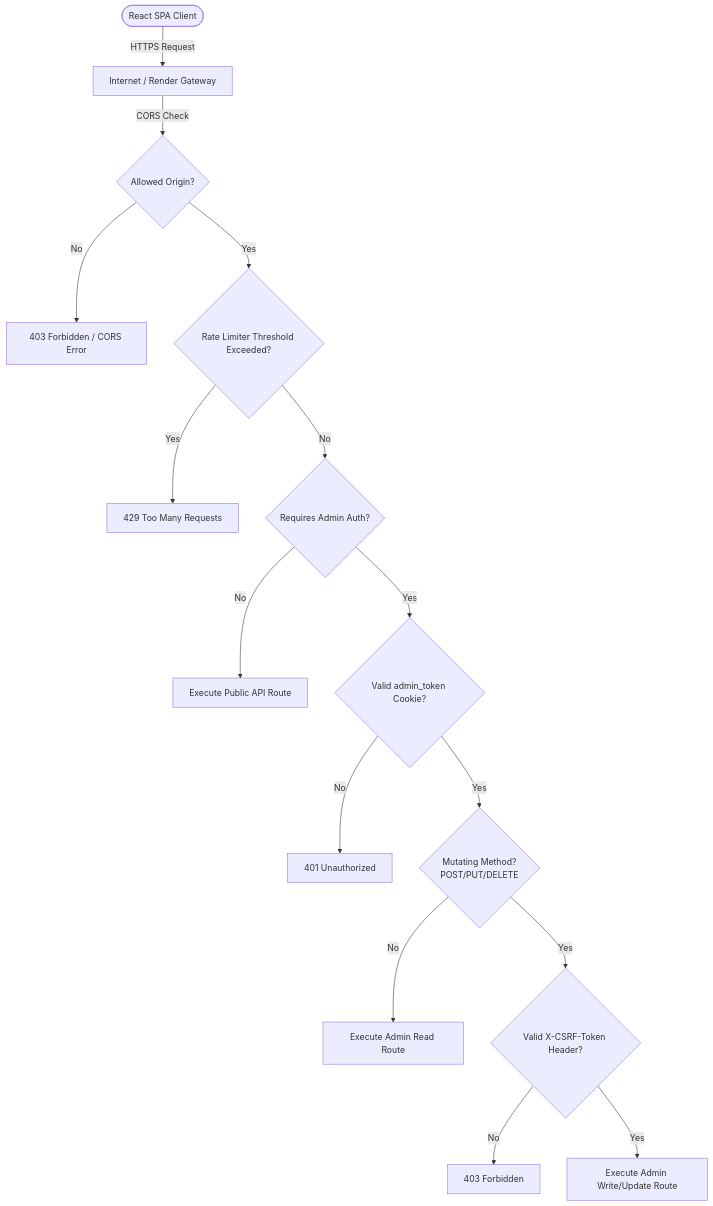
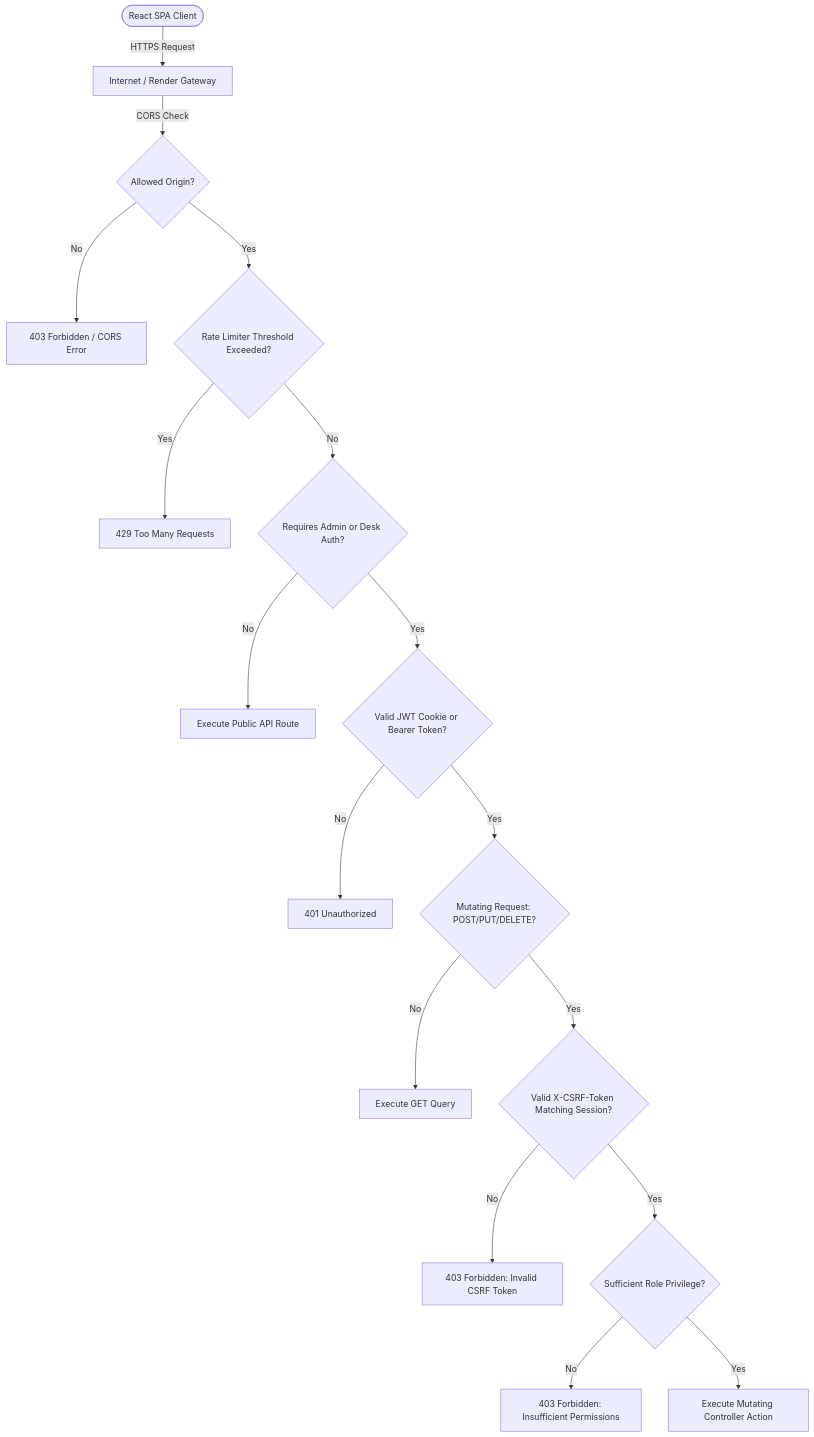
Diagram 19 of 26 in README.md (saicharan-bhuthkuri/rd), drawn with Mermaid before and after one commit. The commit also changed other lines of this file and 1 other file, not shown here.

Commit message:
docs: complete overhaul of README with 26 verified diagrams, 16-table ER schema, and Table of Figures

````diff
--- a/README.md
+++ b/README.md
@@ -2381,17 +2808,19 @@
 ```mermaid
 graph TD
     Client([React SPA Client]) -->|HTTPS Request| Gateway[Internet / Render Gateway]
     Gateway -->|CORS Check| CORS{Allowed Origin?}
     CORS -->|No| BlockCORS[403 Forbidden / CORS Error]
     CORS -->|Yes| Limiter{Rate Limiter Threshold Exceeded?}
     Limiter -->|Yes| BlockRate[429 Too Many Requests]
-    Limiter -->|No| AuthCheck{Requires Admin Auth?}
+    Limiter -->|No| AuthCheck{Requires Admin or Desk Auth?}
     AuthCheck -->|No| PublicRoute[Execute Public API Route]
-    AuthCheck -->|Yes| CookieCheck{Valid admin_token Cookie?}
+    AuthCheck -->|Yes| CookieCheck{Valid JWT Cookie or Bearer Token?}
     CookieCheck -->|No| BlockAuth[401 Unauthorized]
-    CookieCheck -->|Yes| MethodCheck{Mutating Method?<br/>POST/PUT/DELETE}
-    MethodCheck -->|No| ReadRoute[Execute Admin Read Route]
-    MethodCheck -->|Yes| CSRFCheck{Valid X-CSRF-Token Header?}
-    CSRFCheck -->|No| BlockCSRF[403 Forbidden]
-    CSRFCheck -->|Yes| MutateRoute[Execute Admin Write/Update Route]
+    CookieCheck -->|Yes| MethodCheck{Mutating Request: POST/PUT/DELETE?}
+    MethodCheck -->|No| PassAuth[Execute GET Query]
+    MethodCheck -->|Yes| CSRFCheck{Valid X-CSRF-Token Matching Session?}
+    CSRFCheck -->|No| BlockCSRF[403 Forbidden: Invalid CSRF Token]
+    CSRFCheck -->|Yes| RoleCheck{Sufficient Role Privilege?}
+    RoleCheck -->|No| BlockRole[403 Forbidden: Insufficient Permissions]
+    RoleCheck -->|Yes| ExecuteRoute[Execute Mutating Controller Action]
 ```
````
